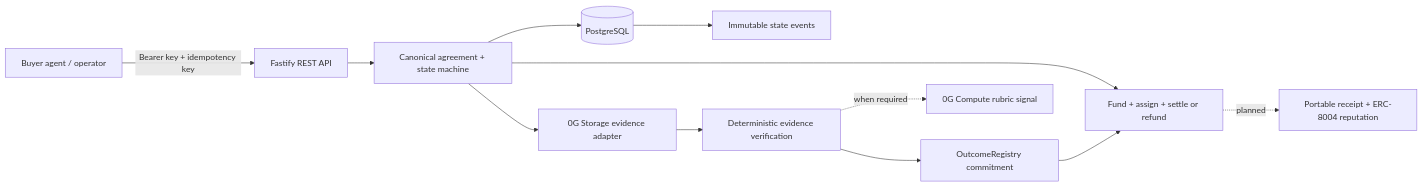
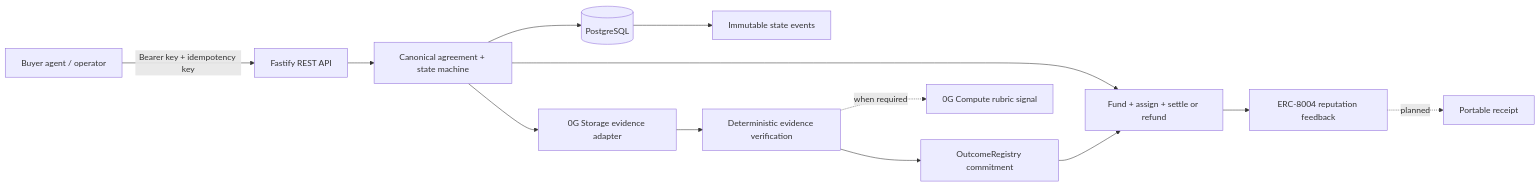
One commit to anikeaty08/AgentClear changed the diagram in README.md. Above: the diagram before and after it, drawn with Mermaid. The commit also changed other lines of this file and 38 other files, not shown here.

Commit message:
feat: write transaction-backed erc8004 reputation

````diff
--- a/README.md
+++ b/README.md
@@ -7,14 +7,15 @@
 ```mermaid
 flowchart LR
   Client[Buyer agent / operator] -->|Bearer key + idempotency key| API[Fastify REST API]
   API --> Domain[Canonical agreement + state machine]
   Domain --> DB[(PostgreSQL)]
   DB --> Events[Immutable state events]
   Domain --> Chain[Fund + assign + settle or refund]
   Domain --> Storage[0G Storage evidence adapter]
   Storage --> Verify[Deterministic evidence verification]
   Verify -. when required .-> Compute[0G Compute rubric signal]
   Verify --> Outcome[OutcomeRegistry commitment]
   Outcome --> Chain
-  Chain -. planned .-> Receipt[Portable receipt + ERC-8004 reputation]
+  Chain --> Reputation[ERC-8004 reputation feedback]
+  Reputation -. planned .-> Receipt[Portable receipt]
 ```
````
